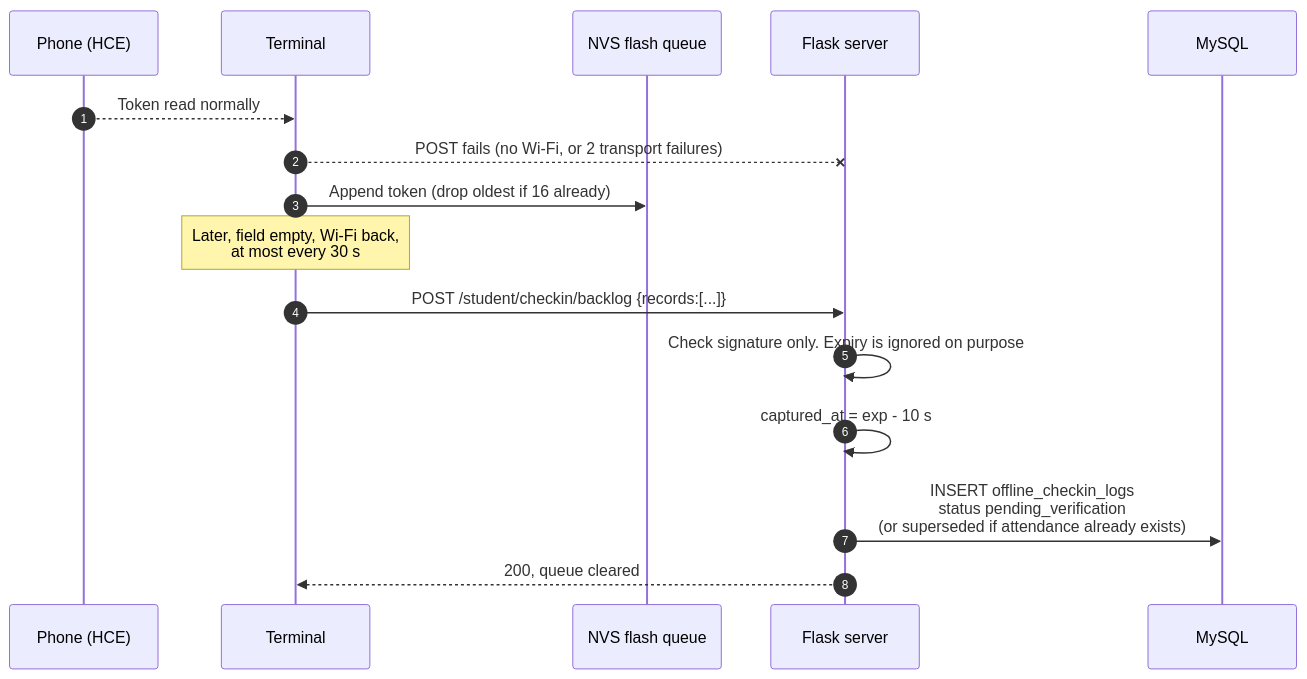
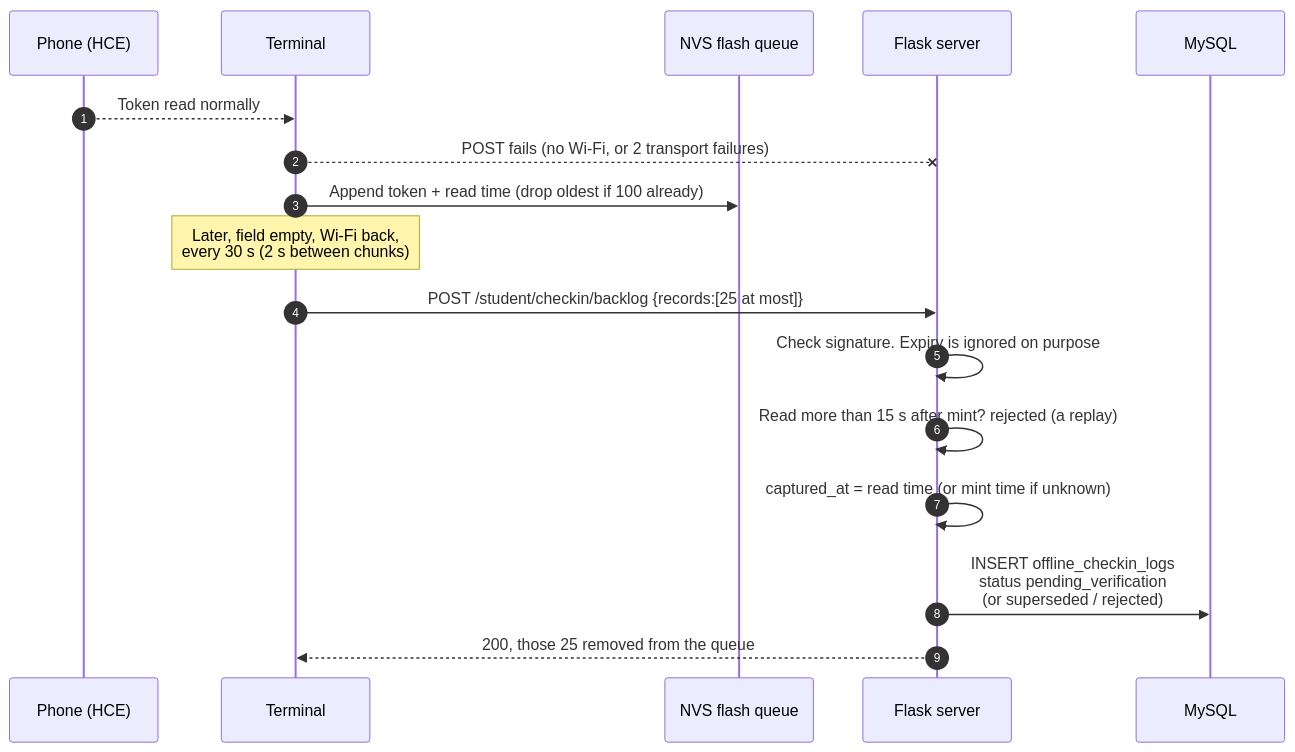
Before and after one commit to Afeez1234/4_idiots: the fourth of 6 diagrams in docs/ARCHITECTURE.md, drawn with Mermaid. The commit also changed 9 other files, not shown here.

````diff
--- a/docs/ARCHITECTURE.md
+++ b/docs/ARCHITECTURE.md
@@ -168,19 +168,20 @@
 ```mermaid
 sequenceDiagram
     autonumber
     participant H as Phone (HCE)
     participant T as Terminal
     participant Q as NVS flash queue
     participant F as Flask server
     participant D as MySQL
 
     H-->>T: Token read normally
     T--xF: POST fails (no Wi-Fi, or 2 transport failures)
-    T->>Q: Append token (drop oldest if 16 already)
-    Note over T: Later, field empty, Wi-Fi back,<br/>at most every 30 s
-    T->>F: POST /student/checkin/backlog {records:[...]}
-    F->>F: Check signature only. Expiry is ignored on purpose
-    F->>F: captured_at = exp - 10 s
-    F->>D: INSERT offline_checkin_logs<br/>status pending_verification<br/>(or superseded if attendance already exists)
-    F-->>T: 200, queue cleared
+    T->>Q: Append token + read time (drop oldest if 100 already)
+    Note over T: Later, field empty, Wi-Fi back,<br/>every 30 s (2 s between chunks)
+    T->>F: POST /student/checkin/backlog {records:[25 at most]}
+    F->>F: Check signature. Expiry is ignored on purpose
+    F->>F: Read more than 15 s after mint? rejected (a replay)
+    F->>F: captured_at = read time (or mint time if unknown)
+    F->>D: INSERT offline_checkin_logs<br/>status pending_verification<br/>(or superseded / rejected)
+    F-->>T: 200, those 25 removed from the queue
 ```
````
